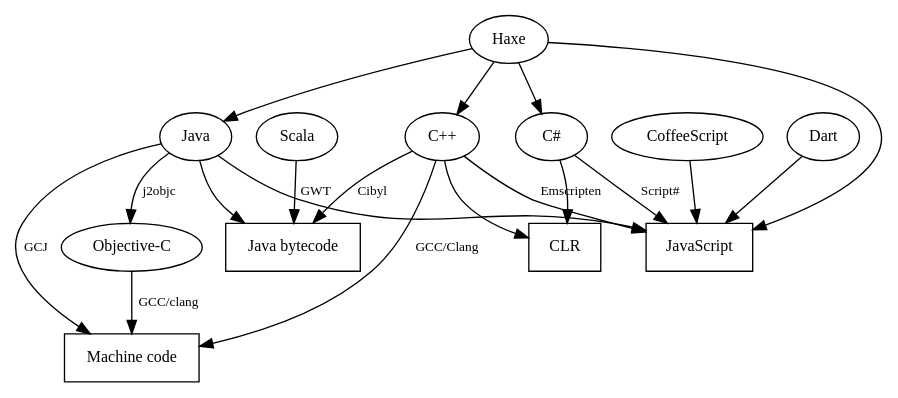
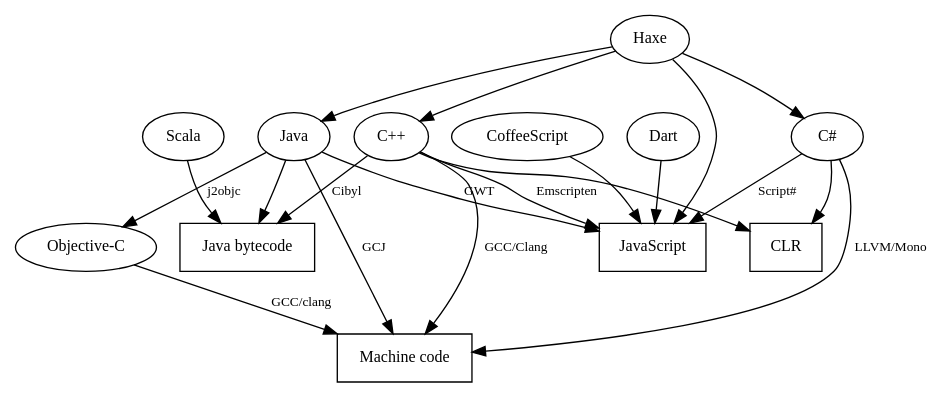
Before and after one commit to vilcans/transcompilation: the diagram in graph.dot, drawn with Graphviz.

Commit message:
Added C# -> Machine code through LLVM or mono

```diff
--- a/graph.dot
+++ b/graph.dot
@@ -1,28 +1,29 @@
 digraph Transcompilation {
     edge [fontsize=10];
     node [fontsize=12];
 
     "Java" -> "Java bytecode"
     "Scala" -> "Java bytecode"
     "Java" -> "Machine code" [label="GCJ"]
     "Java" -> "Objective-C" [label="j2objc"]
     "Java" -> "JavaScript" [label="GWT"]
     "C++" -> "Machine code" [label="GCC/Clang"]
     "C++" -> "JavaScript" [label="Emscripten"]
     "C++" -> "Java bytecode" [label="Cibyl"]
     "Objective-C" -> "Machine code" [label="GCC/clang"]
     "CoffeeScript" -> "JavaScript"
     "Dart" -> "JavaScript"
     "Haxe" -> "JavaScript"
     "Haxe" -> "C++"
     "Haxe" -> "Java"
     "Haxe" -> "C#"
     "C#" -> "CLR"
+    "C#" -> "Machine code" [label="LLVM/Mono"]
     "C++" -> "CLR"
     "C#" -> "JavaScript" [label="Script#"]
 
     "Java bytecode" [shape="box"]
     "Machine code" [shape="box"]
     "JavaScript" [shape="box"]
     "CLR" [shape="box"]
 }
```
